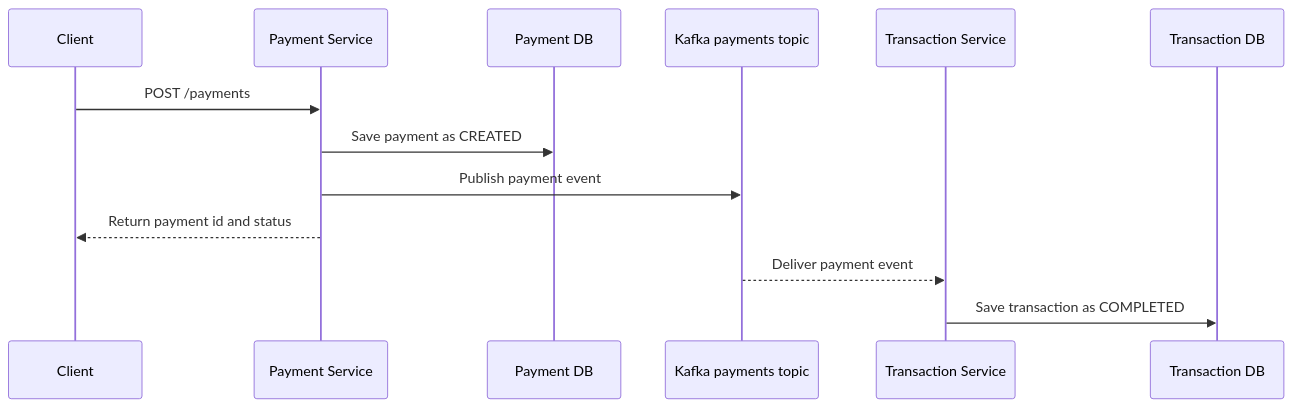
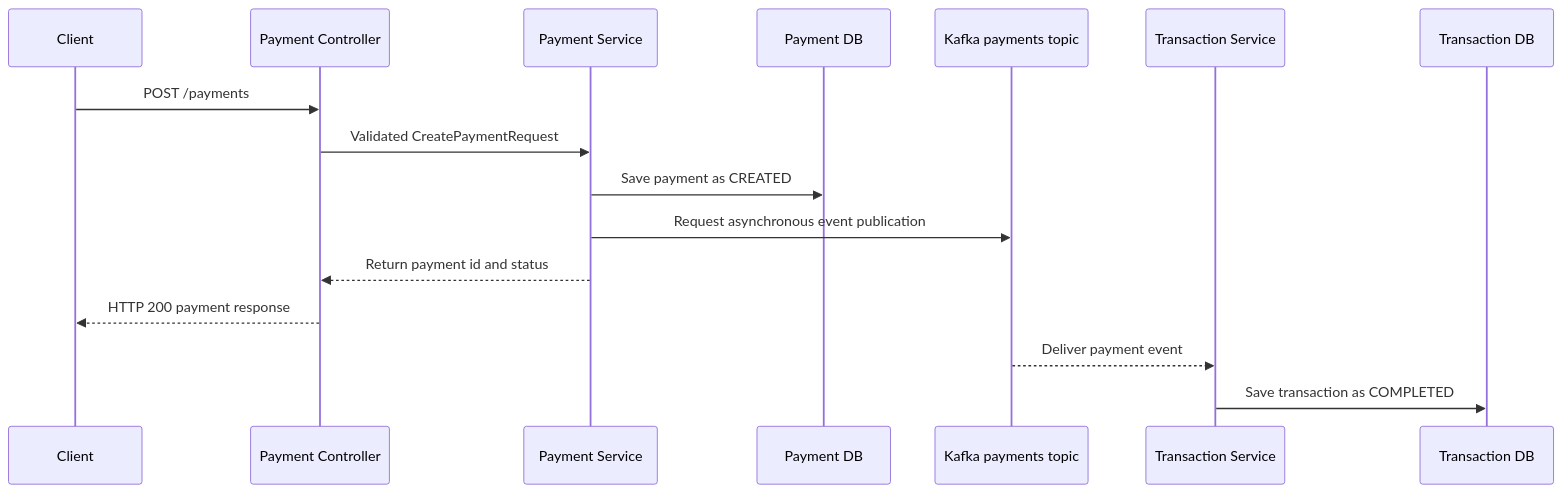
The first of 3 diagrams in docs/architecture.md (J4vedskh/finbank-microservices-lab), drawn with Mermaid before and after one commit. The commit also changed other lines of this file and 6 other files, not shown here.

````diff
--- a/docs/architecture.md
+++ b/docs/architecture.md
@@ -16,16 +16,19 @@
 ```mermaid
 sequenceDiagram
     participant Client
+    participant API as Payment Controller
     participant Payments as Payment Service
     participant DB as Payment DB
     participant Kafka as Kafka payments topic
     participant Ledger as Transaction Service
     participant LedgerDB as Transaction DB
 
-    Client->>Payments: POST /payments
+    Client->>API: POST /payments
+    API->>Payments: Validated CreatePaymentRequest
     Payments->>DB: Save payment as CREATED
-    Payments->>Kafka: Publish payment event
-    Payments-->>Client: Return payment id and status
+    Payments->>Kafka: Request asynchronous event publication
+    Payments-->>API: Return payment id and status
+    API-->>Client: HTTP 200 payment response
     Kafka-->>Ledger: Deliver payment event
     Ledger->>LedgerDB: Save transaction as COMPLETED
 ```
````
